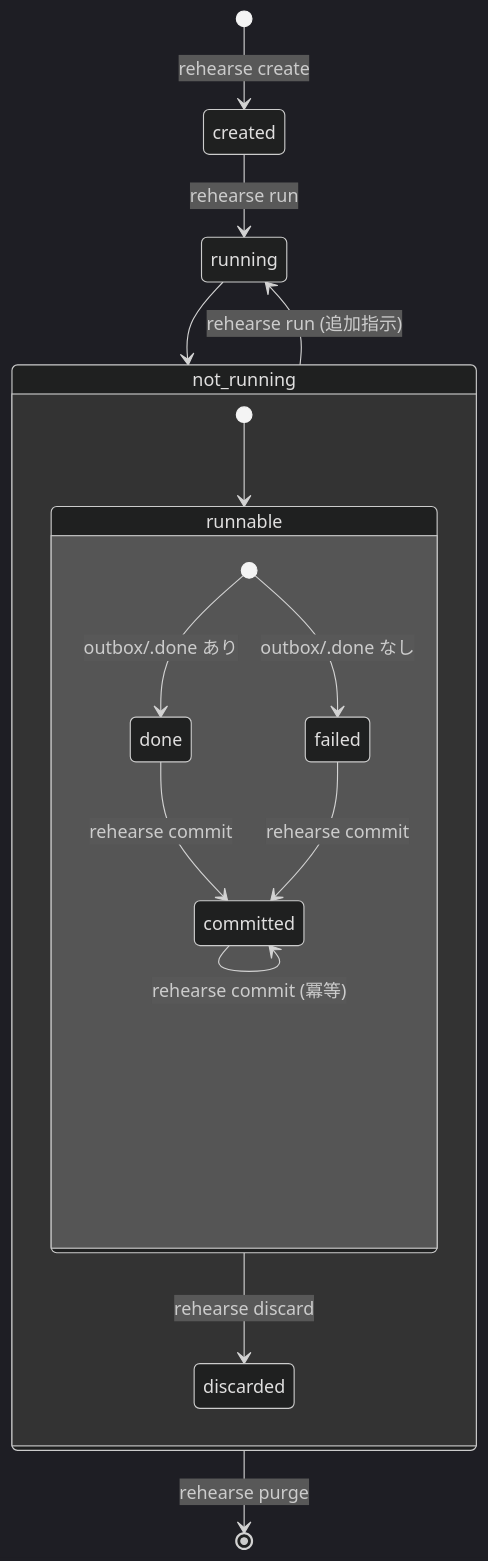
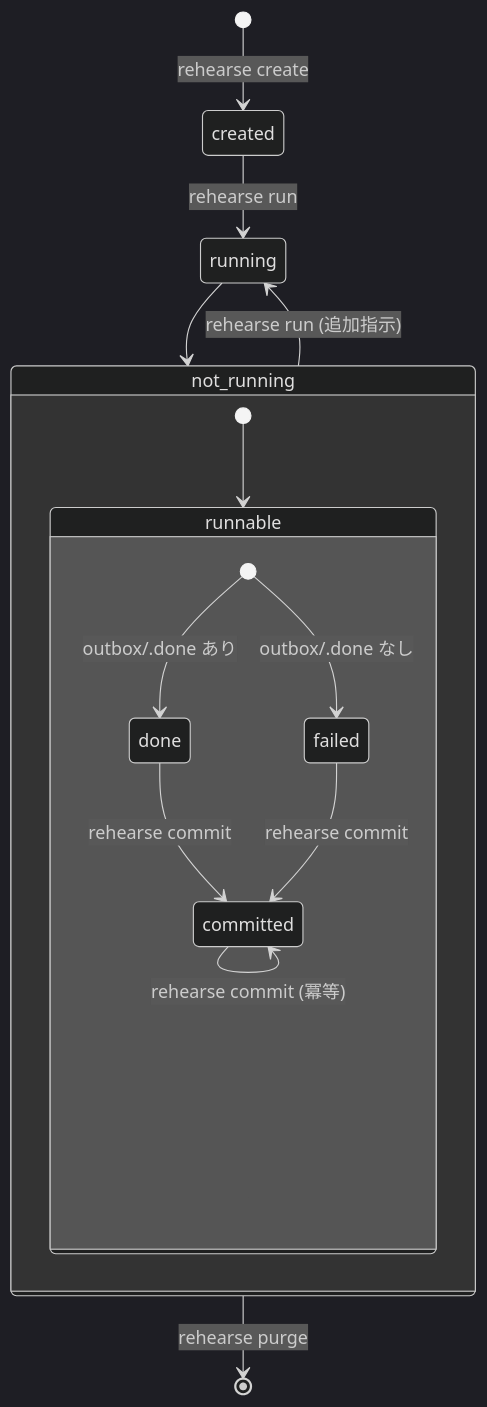
One commit to t13a/rehearse changed the diagram in docs/lifecycle.md. Above: the diagram before and after it, drawn with Mermaid (dark theme). The commit also changed other lines of this file and 9 other files, not shown here.

````diff
--- a/docs/lifecycle.md
+++ b/docs/lifecycle.md
@@ -5,19 +5,18 @@
 ```mermaid
 stateDiagram-v2
     [*] --> created : rehearse create
     created --> running : rehearse run
     running --> not_running
     state not_running { 
       [*] --> runnable
       state runnable {
         [*] --> done : outbox/.done あり
         [*] --> failed : outbox/.done なし
         done --> committed : rehearse commit
         failed --> committed : rehearse commit
         committed --> committed : rehearse commit (冪等)
       }
-      runnable --> discarded : rehearse discard
     }
     not_running --> running : rehearse run (追加指示)
     not_running --> [*] : rehearse purge
 ```
````
